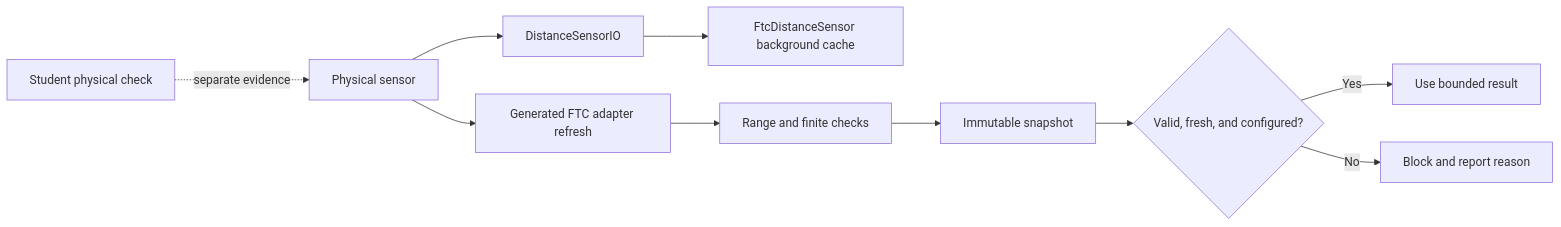
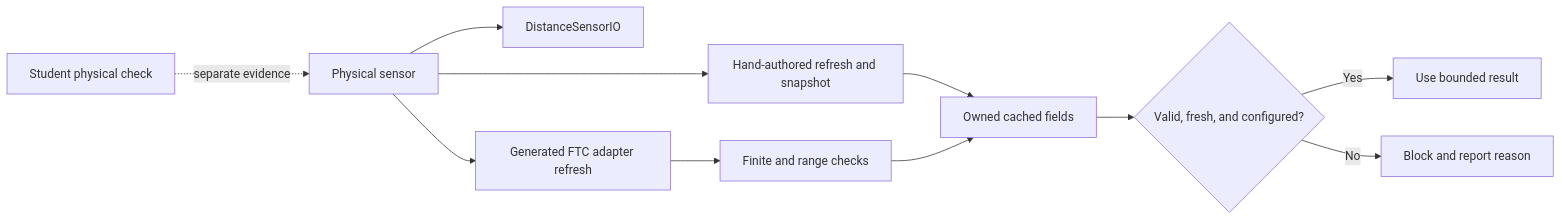
Before and after one commit to ARES-23247/ARESWEB: the diagram in content/learning/electrical-systems/02-choose-read-sensors.md, drawn with Mermaid. The commit also changed other lines of this file and 27 other files, not shown here.

````diff
--- a/content/learning/electrical-systems/02-choose-read-sensors.md
+++ b/content/learning/electrical-systems/02-choose-read-sensors.md
@@ -82,13 +84,14 @@
 ```mermaid
-%% aria: The physical sensor produces a raw meter value. An FTC adapter caches the latest value without adding a public timestamp. A generated subsystem validates the value and stores validity, timestamp, and configuration health. A control rule uses the snapshot only when all required evidence passes. Physical testing remains separate.
+%% aria: The physical sensor can feed a small raw distance interface, a hand-authored subsystem snapshot, or a generated subsystem adapter. Hand-authored code must deliberately add validity, time, and setup health. Generated code reads once during refresh and stores those fields. A control rule uses a snapshot only when all required evidence passes. Physical testing remains separate.
 flowchart LR
   A["Physical sensor"] --> B["DistanceSensorIO"]
-  B --> C["FtcDistanceSensor background cache"]
+  A --> C["Hand-authored refresh and snapshot"]
   A --> D["Generated FTC adapter refresh"]
-  D --> E["Range and finite checks"]
-  E --> F["Immutable snapshot"]
+  C --> F["Owned cached fields"]
+  D --> E["Finite and range checks"]
+  E --> F
   F --> G{"Valid, fresh, and configured?"}
   G -- Yes --> H["Use bounded result"]
   G -- No --> I["Block and report reason"]
   J["Student physical check"] -. separate evidence .-> A
 ```
````
